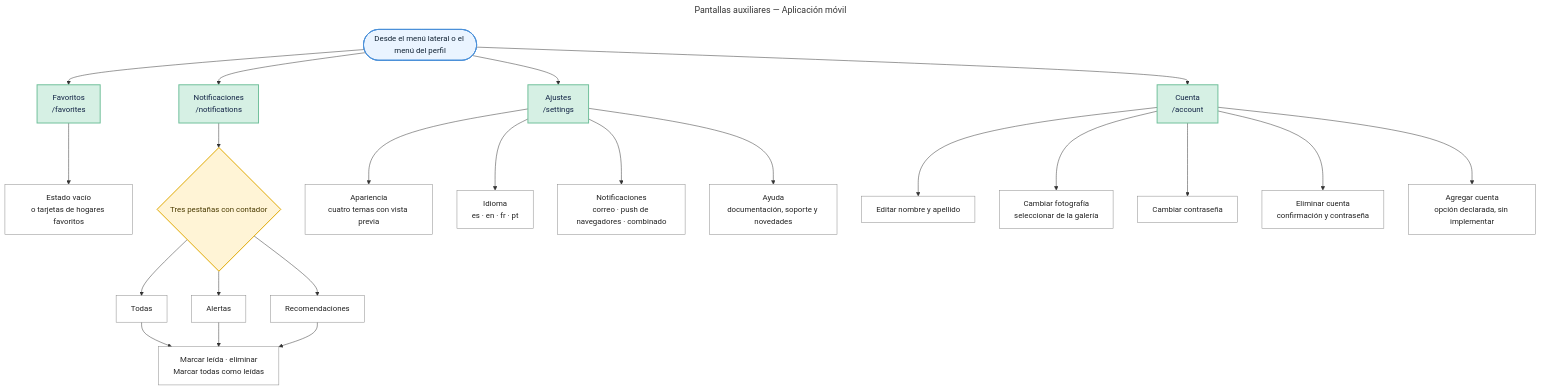
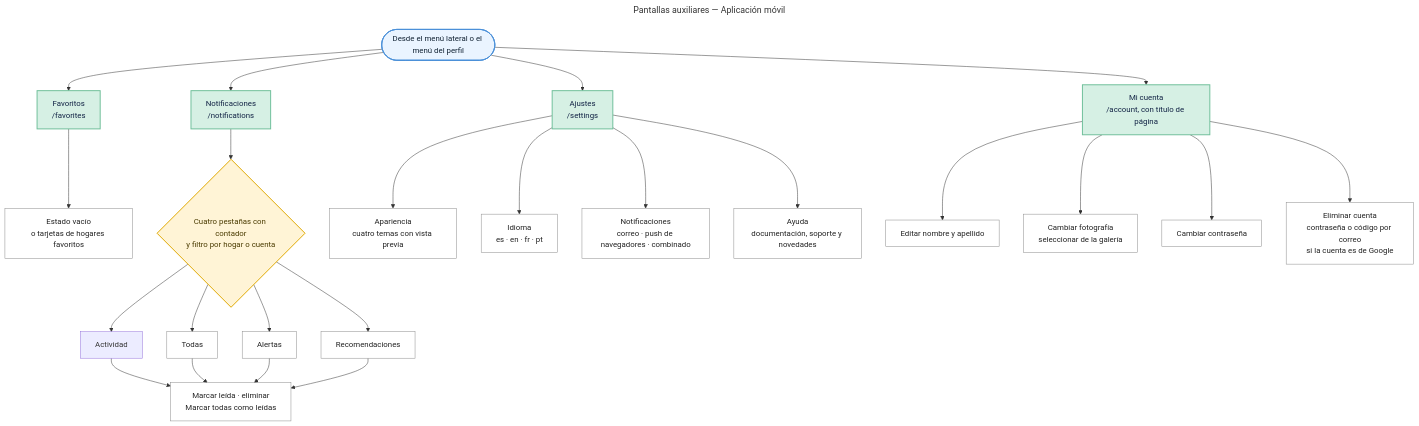
The third of 3 diagrams in 03-analisis-software/ES/navegacion/mapa-navegacion-movil.md (Juan-Cortes2045/energy-monitor-docs-final), drawn with Mermaid before and after one commit. The commit also changed other lines of this file and 7 other files, not shown here.

````diff
--- a/03-analisis-software/ES/navegacion/mapa-navegacion-movil.md
+++ b/03-analisis-software/ES/navegacion/mapa-navegacion-movil.md
@@ -197,65 +197,66 @@
 ```mermaid
 ---
 title: Pantallas auxiliares — Aplicación móvil
 ---
 flowchart TD
 
   MENU([ Desde el menú lateral o el menú del perfil ])
 
   FAVS["Favoritos<br/>/favorites"]
   FAVEMPTY["Estado vacío<br/>o tarjetas de hogares favoritos"]
   FAVS --> FAVEMPTY
 
   NOTIF["Notificaciones<br/>/notifications"]
-  NTABS{"Tres pestañas con contador"}
+  NTABS{"Cuatro pestañas con contador<br/>y filtro por hogar o cuenta"}
   NALL["Todas"]
   NAL["Alertas"]
   NREC["Recomendaciones"]
+  NACTV["Actividad"]
   NACT["Marcar leída · eliminar<br/>Marcar todas como leídas"]
   NOTIF --> NTABS
   NTABS --> NALL
   NTABS --> NAL
   NTABS --> NREC
+  NTABS --> NACTV
+  NACTV --> NACT
   NALL --> NACT
   NAL --> NACT
   NREC --> NACT
 
   SETTINGS["Ajustes<br/>/settings"]
   SETTEMA["Apariencia<br/>cuatro temas con vista previa"]
   SETIDIOMA["Idioma<br/>es · en · fr · pt"]
   SETAVISO["Notificaciones<br/>correo · push de navegadores · combinado"]
   SETAYUDA["Ayuda<br/>documentación, soporte y novedades"]
   SETTINGS --> SETTEMA
   SETTINGS --> SETIDIOMA
   SETTINGS --> SETAVISO
   SETTINGS --> SETAYUDA
 
-  ACCOUNT["Cuenta<br/>/account"]
+  ACCOUNT["Mi cuenta<br/>/account, con título de página"]
   ACCED["Editar nombre y apellido"]
   ACCFOTO["Cambiar fotografía<br/>seleccionar de la galería"]
   ACCPASS["Cambiar contraseña"]
-  ACCDEL["Eliminar cuenta<br/>confirmación y contraseña"]
-  ACCADDCUENTA["Agregar cuenta<br/>opción declarada, sin implementar"]
+  ACCDEL["Eliminar cuenta<br/>contraseña o código por correo<br/>si la cuenta es de Google"]
   ACCOUNT --> ACCED
   ACCOUNT --> ACCFOTO
   ACCOUNT --> ACCPASS
   ACCOUNT --> ACCDEL
-  ACCOUNT --> ACCADDCUENTA
 
   MENU --> FAVS
   MENU --> NOTIF
   MENU --> SETTINGS
   MENU --> ACCOUNT
 
   FAVS:::module
   NOTIF:::module
   SETTINGS:::module
   ACCOUNT:::module
   classDef module fill:#d6f0e4,stroke:#6fbf9a,stroke-width:2px,color:#124;
   class MENU start
   classDef start fill:#eaf4ff,stroke:#4a90d9,stroke-width:2px,color:#123;
   class NTABS guard
   classDef guard fill:#fff4d6,stroke:#e0a800,stroke-width:2px,color:#4a3b00;
-  class FAVEMPTY,NALL,NAL,NREC,NACT,SETTEMA,SETIDIOMA,SETAVISO,SETAYUDA,ACCED,ACCFOTO,ACCPASS,ACCDEL,ACCADDCUENTA screen
+  class FAVEMPTY,NALL,NAL,NREC,NACT,SETTEMA,SETIDIOMA,SETAVISO,SETAYUDA,ACCED,ACCFOTO,ACCPASS,ACCDEL screen
   classDef screen fill:#ffffff,stroke:#8a8a8a,color:#222;
 ```
````
